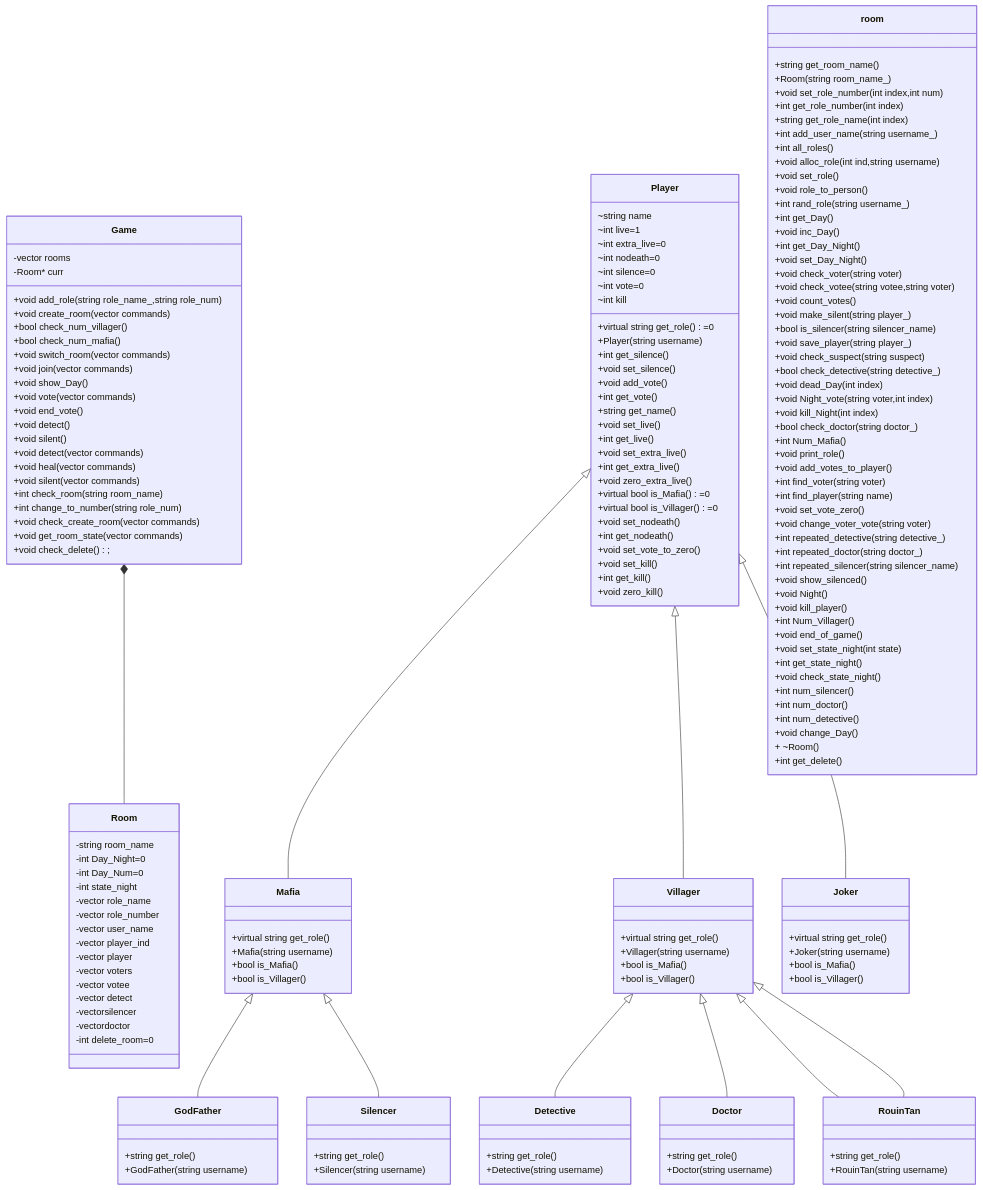
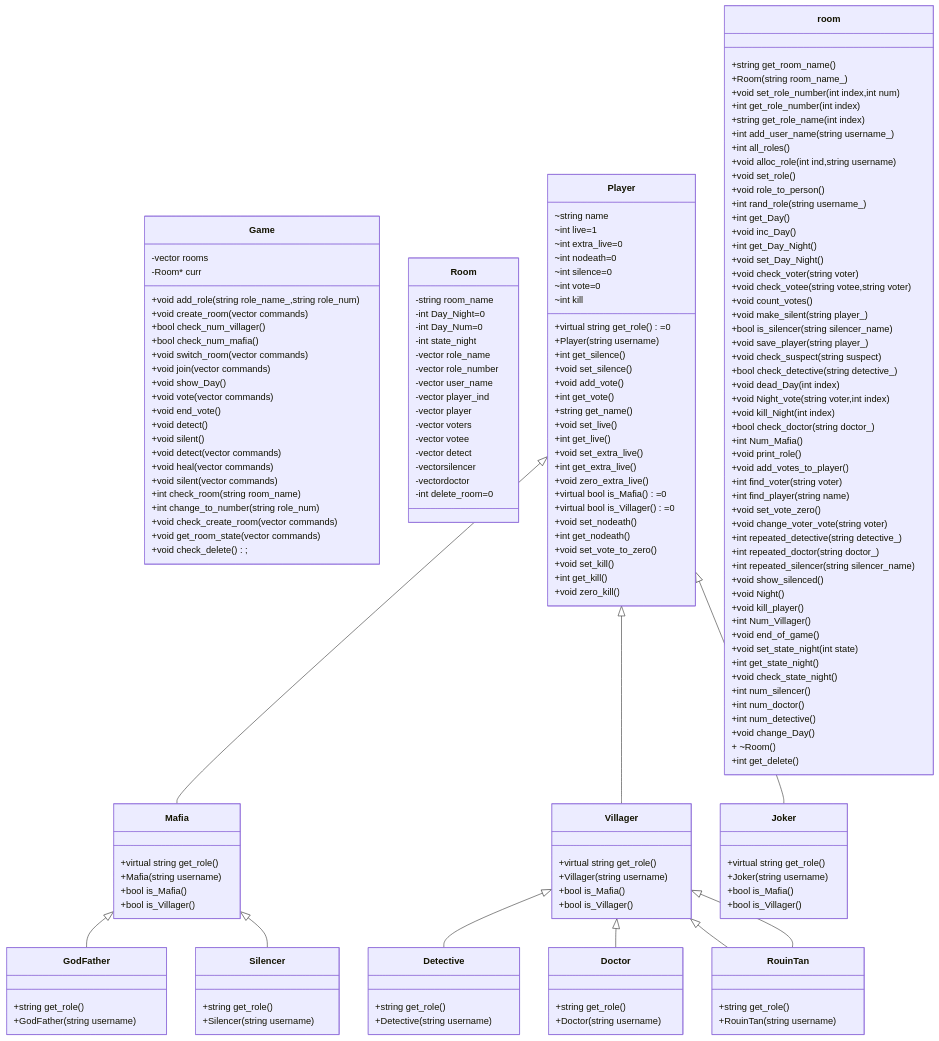
Before and after one commit to NeginAz/mafia_game: the diagram in README.md, drawn with Mermaid. The commit also changed other lines of this file, not shown here.

````diff
--- a/README.md
+++ b/README.md
@@ -46,7 +23,5 @@
 ```mermaid
 classDiagram
-      Game *-- Room
-      Room
       Game : -vector <Room*> rooms
       Game : -Room* curr
       Room : -string room_name
````
